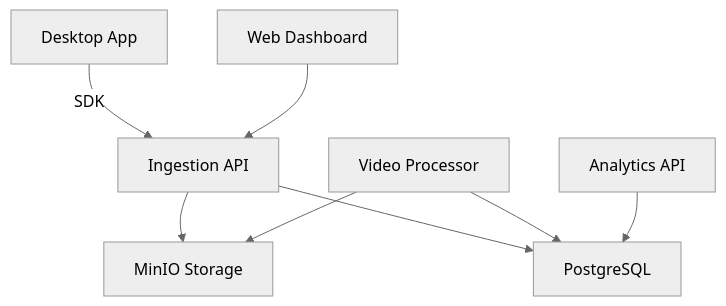
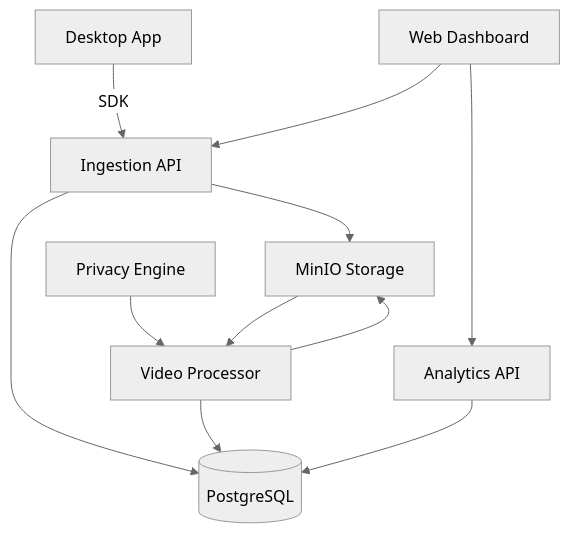
The diagram in README.md (etherman-os/Chronoscope), drawn with Mermaid (neutral theme) before and after one commit. The commit also changed other lines of this file and 16 other files, not shown here.

````diff
--- a/README.md
+++ b/README.md
@@ -25,10 +37,13 @@
 ```mermaid
 graph TD
     A[Desktop App] -->|SDK| B[Ingestion API]
-    B --> C[PostgreSQL]
+    B --> C[(PostgreSQL)]
     B --> D[MinIO Storage]
-    E[Video Processor] --> D
+    D --> E[Video Processor]
+    E --> D
     E --> C
     F[Web Dashboard] --> B
-    G[Analytics API] --> C
+    F --> G[Analytics API]
+    G --> C
+    H[Privacy Engine] --> E
 ```
````
